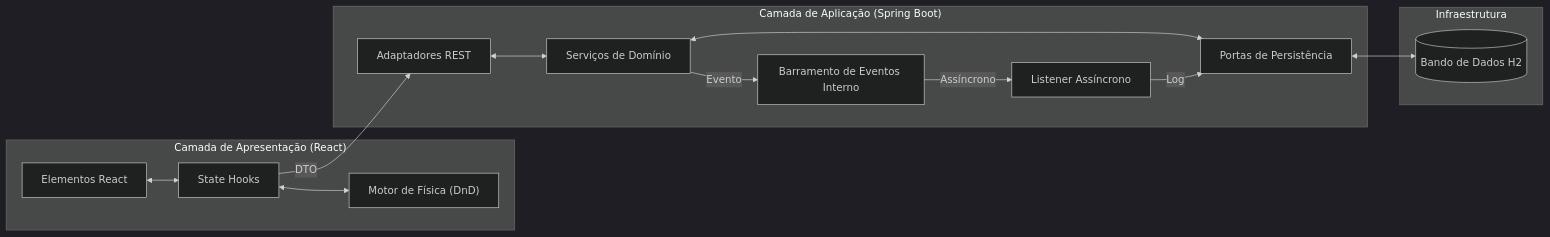
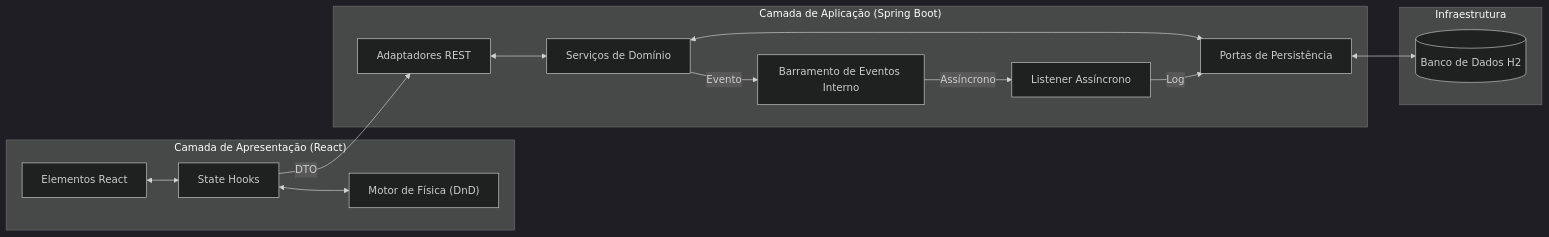
One commit to WilqueMessias/To-Do-GP changed the first of 2 diagrams in docs/ARCHITECTURE.pt-BR.md. Above: the diagram before and after it, drawn with Mermaid (dark theme). The commit also changed other lines of this file and 5 other files, not shown here.

````diff
--- a/docs/ARCHITECTURE.pt-BR.md
+++ b/docs/ARCHITECTURE.pt-BR.md
@@ -15,30 +15,30 @@
 ```mermaid
 graph LR
     subgraph "Camada de Apresentação (React)"
         Store["State Hooks"]
         UI["Elementos React"]
         DND["Motor de Física (DnD)"]
     end
 
     subgraph "Camada de Aplicação (Spring Boot)"
         Controller["Adaptadores REST"]
         Service["Serviços de Domínio"]
         Repo["Portas de Persistência"]
         EventBus["Barramento de Eventos Interno"]
         Audit["Listener Assíncrono"]
     end
 
     subgraph "Infraestrutura"
-        DB[("Bando de Dados H2")]
+        DB[("Banco de Dados H2")]
     end
 
     UI <--> Store
     Store <--> DND
     Store -- "DTO" --> Controller
     Controller <--> Service
     Service <--> Repo
     Service -- "Evento" --> EventBus
     EventBus -- "Assíncrono" --> Audit
     Audit -- "Log" --> Repo
     Repo <--> DB
 ```
````
